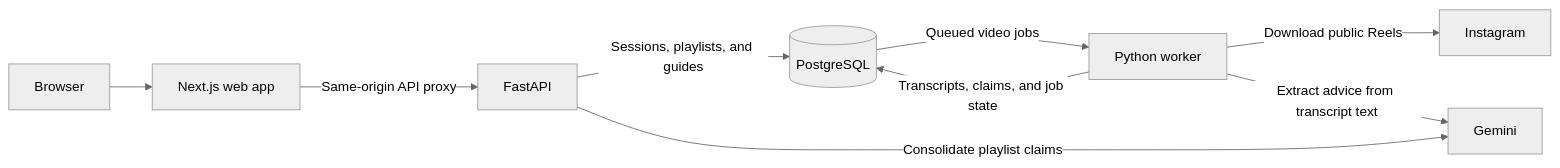
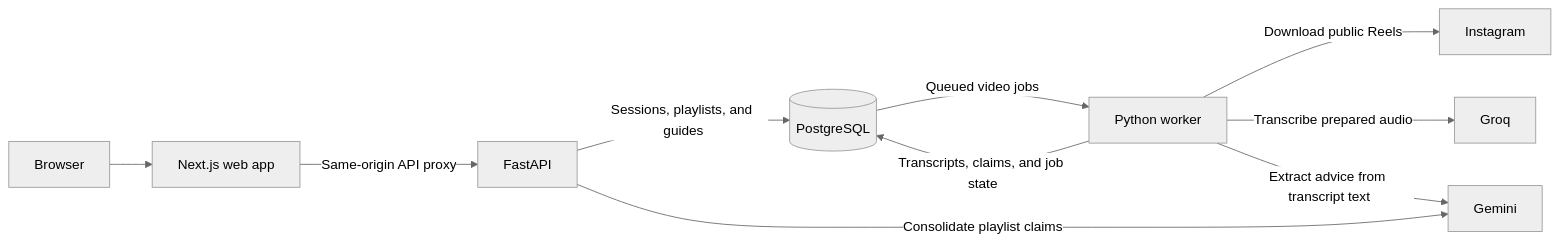
The diagram in README.md (Ishmam21/ReelNotes), drawn with Mermaid (neutral theme) before and after one commit. The commit also changed other lines of this file and 8 other files, not shown here.

````diff
--- a/README.md
+++ b/README.md
@@ -41,11 +41,12 @@
 ```mermaid
 flowchart LR
     Browser --> Web["Next.js web app"]
     Web -->|Same-origin API proxy| API["FastAPI"]
     API -->|Sessions, playlists, and guides| DB[("PostgreSQL")]
     DB -->|Queued video jobs| Worker["Python worker"]
     Worker -->|Transcripts, claims, and job state| DB
     Worker -->|Download public Reels| Instagram
+    Worker -->|Transcribe prepared audio| Groq
     Worker -->|Extract advice from transcript text| Gemini
     API -->|Consolidate playlist claims| Gemini
 ```
````
